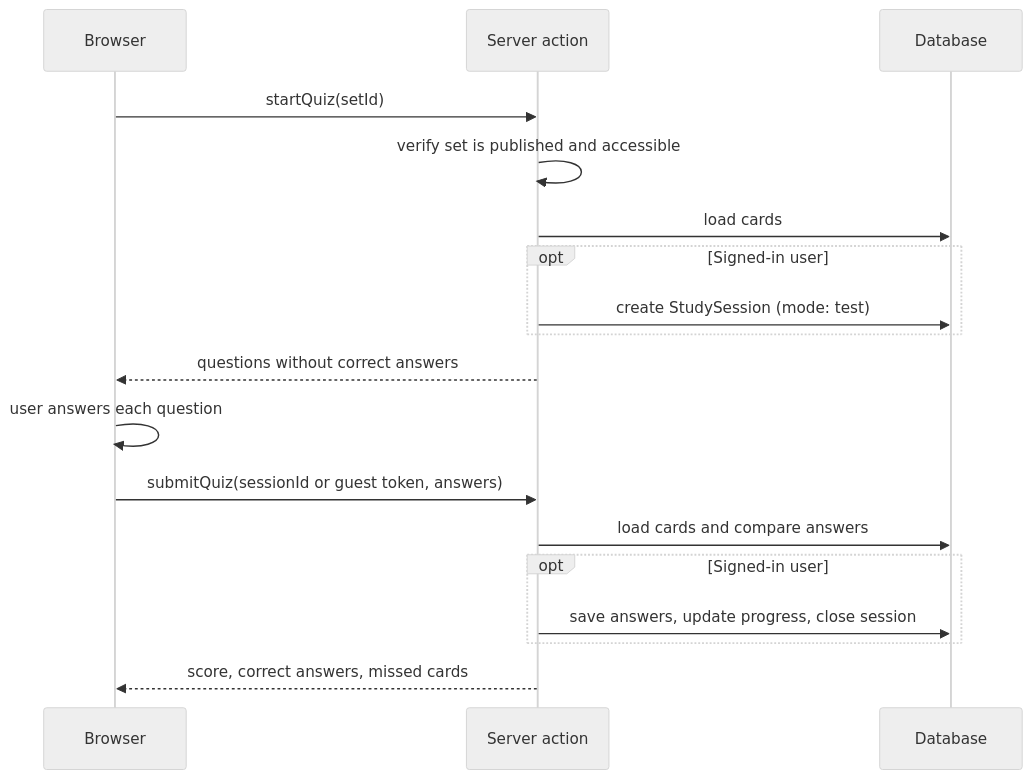
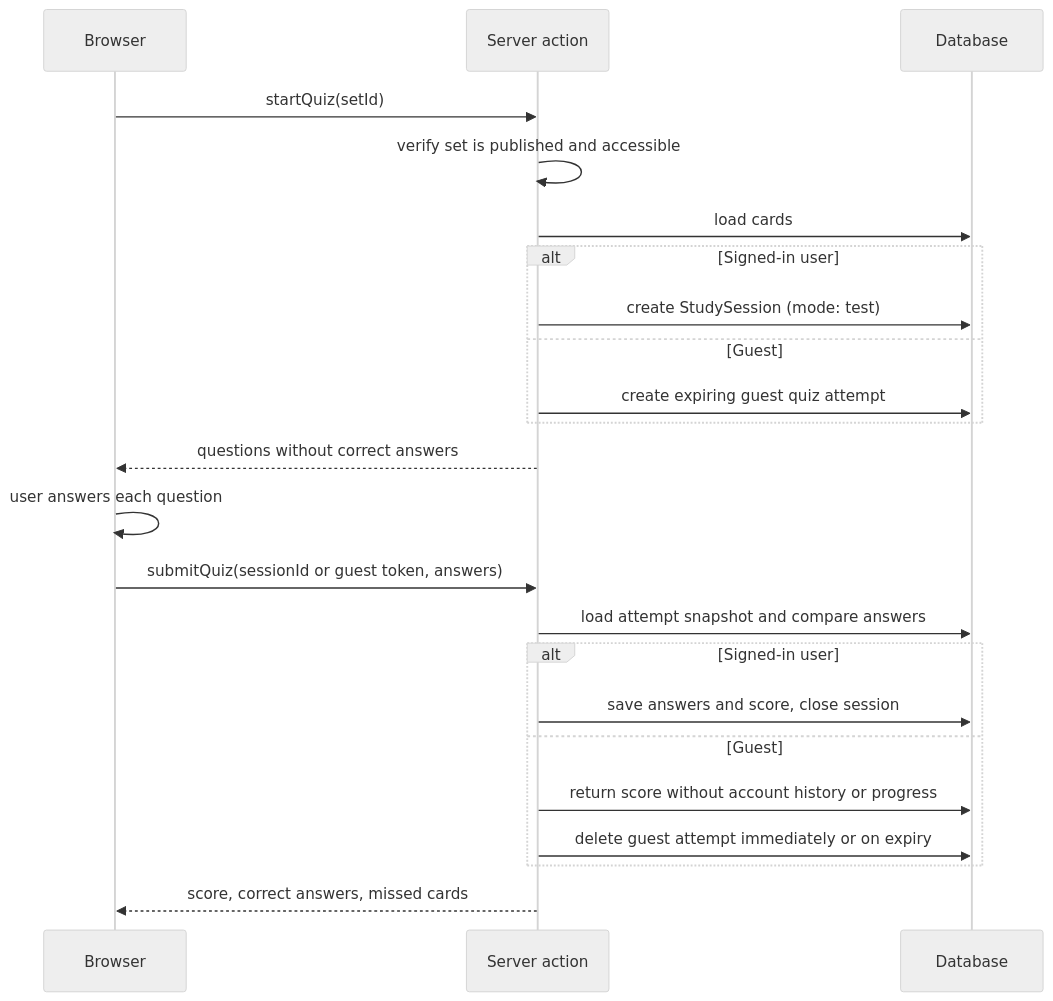
One commit to bashir-muhammad/study-sphere changed the second of 3 diagrams in docs/flow.md. Above: the diagram before and after it, drawn with Mermaid (neutral theme). The commit also changed other lines of this file and 2 other files, not shown here.

Commit message:
chore: update docs related to signed-in and guest user sessions

````diff
--- a/docs/flow.md
+++ b/docs/flow.md
@@ -38,21 +38,26 @@
 ```mermaid
 sequenceDiagram
     participant B as Browser
     participant A as Server action
     participant D as Database
 
     B->>A: startQuiz(setId)
     A->>A: verify set is published and accessible
     A->>D: load cards
-    opt Signed-in user
+    alt Signed-in user
         A->>D: create StudySession (mode: test)
+    else Guest
+        A->>D: create expiring guest quiz attempt
     end
     A-->>B: questions without correct answers
     B->>B: user answers each question
     B->>A: submitQuiz(sessionId or guest token, answers)
-    A->>D: load cards and compare answers
-    opt Signed-in user
-        A->>D: save answers, update progress, close session
+    A->>D: load attempt snapshot and compare answers
+    alt Signed-in user
+        A->>D: save answers and score, close session
+    else Guest
+        A->>D: return score without account history or progress
+        A->>D: delete guest attempt immediately or on expiry
     end
     A-->>B: score, correct answers, missed cards
 ```
````
